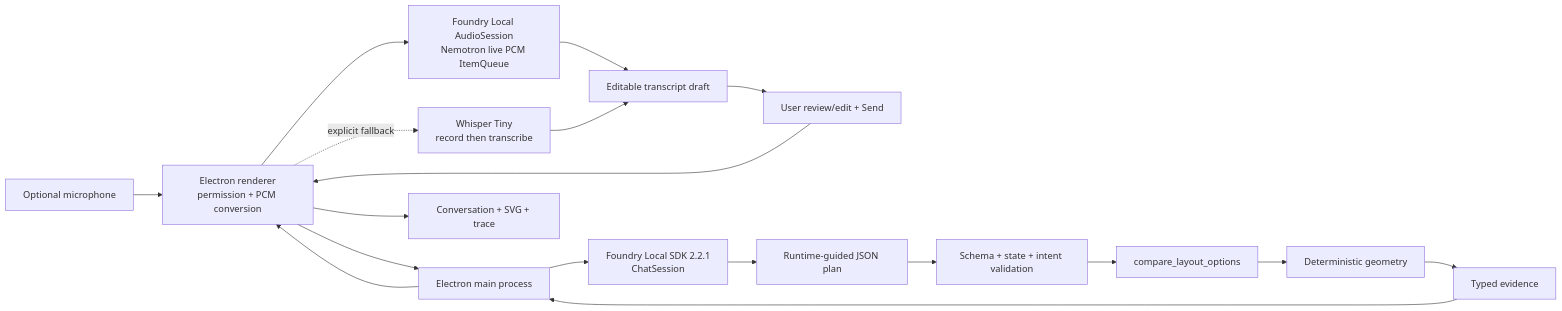
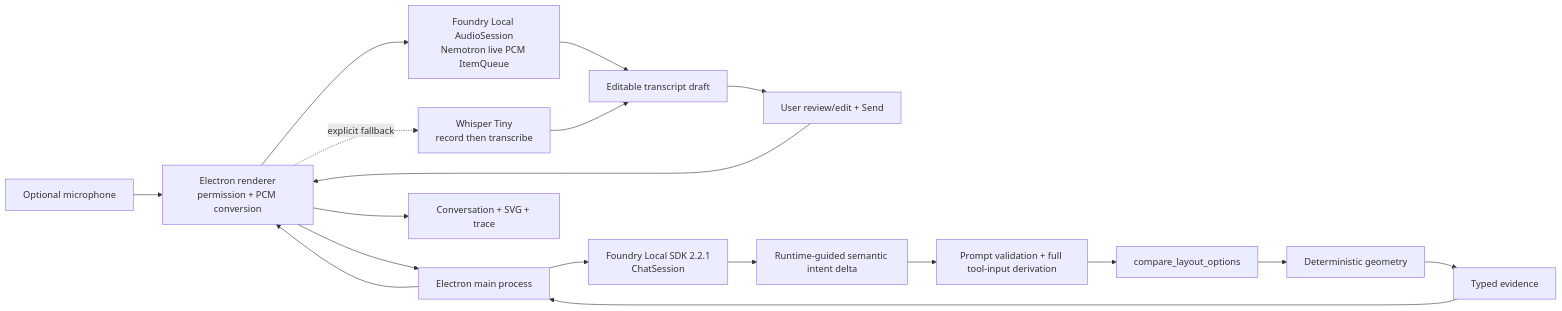
The first of 3 diagrams in ARCHITECTURE.md (Wayne-Ch/foundry-local-new-home-app), drawn with Mermaid before and after one commit. The commit also changed other lines of this file and 22 other files, not shown here.

````diff
--- a/ARCHITECTURE.md
+++ b/ARCHITECTURE.md
@@ -5,20 +5,20 @@
 ```mermaid
 flowchart LR
   MIC[Optional microphone] --> R[Electron renderer<br/>permission + PCM conversion]
   R --> ASR[Foundry Local AudioSession<br/>Nemotron live PCM ItemQueue]
   R -. explicit fallback .-> W[Whisper Tiny<br/>record then transcribe]
   ASR --> D[Editable transcript draft]
   W --> D
   D --> U[User review/edit + Send]
   U --> R
   R --> M[Electron main process]
   M --> FL[Foundry Local SDK 2.2.1<br/>ChatSession]
-  FL --> P[Runtime-guided JSON plan]
-  P --> V[Schema + state + intent validation]
+  FL --> P[Runtime-guided semantic intent delta]
+  P --> V[Prompt validation + full tool-input derivation]
   V --> T[compare_layout_options]
   T --> G[Deterministic geometry]
   G --> E[Typed evidence]
   E --> M
   M --> R
   R --> S[Conversation + SVG + trace]
 ```
````
